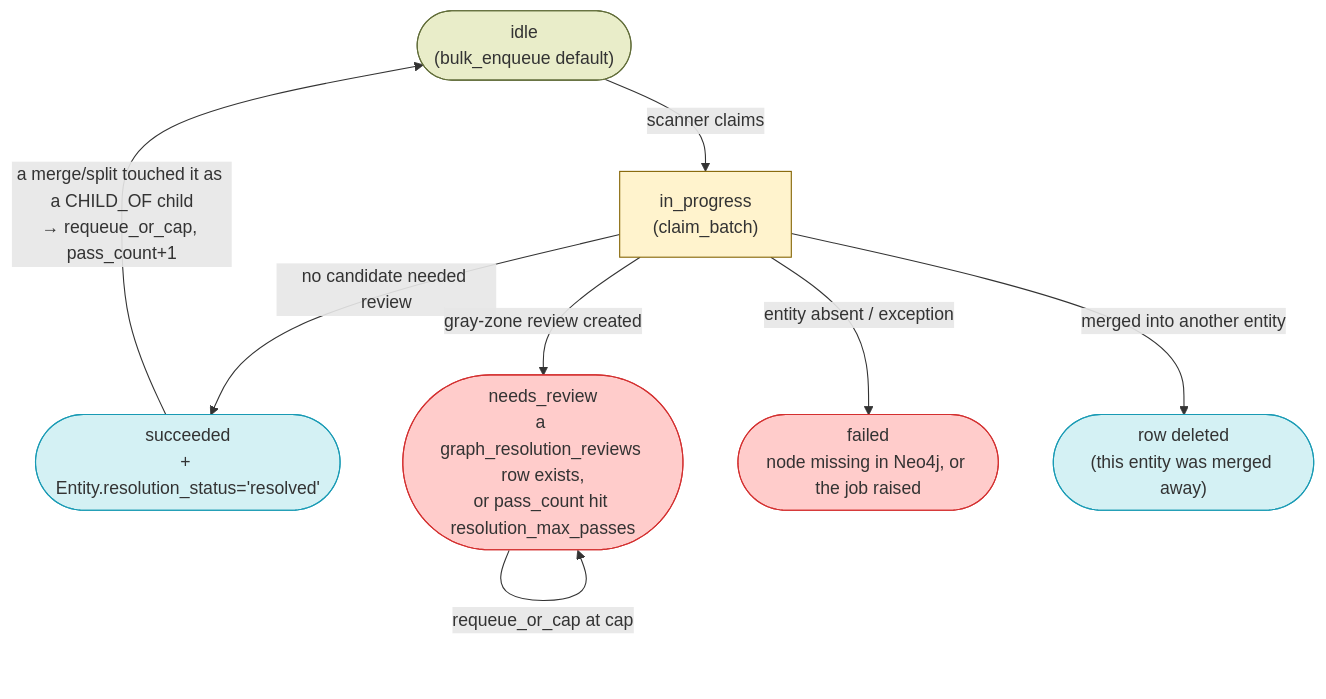
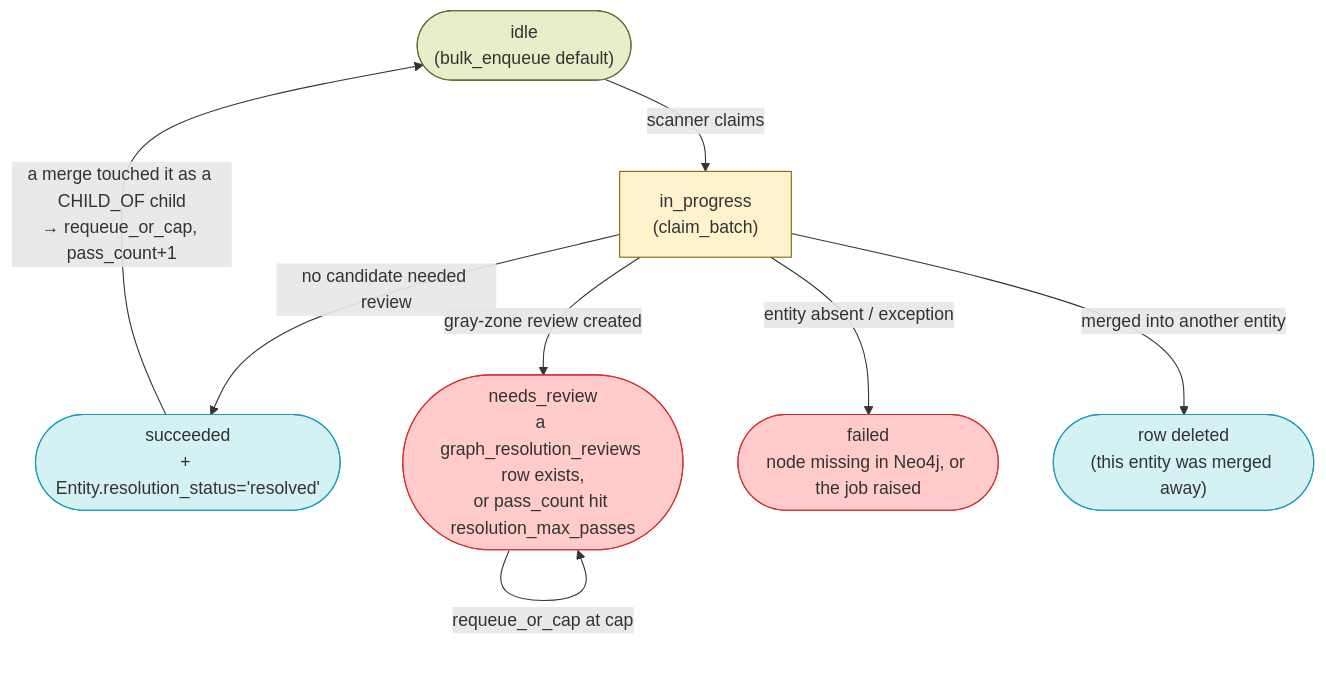
One commit to Kitabim-AI/kitabim-ai changed the third of 3 diagrams in docs/main/KNOWLEDGE_GRAPH_DESIGN.md. Above: the diagram before and after it, drawn with Mermaid. The commit also changed other lines of this file, not shown here.

First line of the commit message:
docs: fix KG design diagrams to match code (book-missing milestone, merge-only requeue)

````diff
--- a/docs/main/KNOWLEDGE_GRAPH_DESIGN.md
+++ b/docs/main/KNOWLEDGE_GRAPH_DESIGN.md
@@ -474,27 +481,27 @@
 ```mermaid
 flowchart TD
     QIDLE(["idle<br/>(bulk_enqueue default)"])
     QPROG["in_progress<br/>(claim_batch)"]
     QOK(["succeeded<br/>+ Entity.resolution_status='resolved'"])
     QREV(["needs_review<br/>a graph_resolution_reviews row exists,<br/>or pass_count hit resolution_max_passes"])
     QFAIL(["failed<br/>node missing in Neo4j, or the job raised"])
     GONE(["row deleted<br/>(this entity was merged away)"])
 
     QIDLE -->|"scanner claims"| QPROG
     QPROG -->|"no candidate needed review"| QOK
     QPROG -->|"gray-zone review created"| QREV
     QPROG -->|"entity absent / exception"| QFAIL
-    QOK -->|"a merge/split touched it as a CHILD_OF child<br/>→ requeue_or_cap, pass_count+1"| QIDLE
+    QOK -->|"a merge touched it as a CHILD_OF child<br/>→ requeue_or_cap, pass_count+1"| QIDLE
     QREV -->|"requeue_or_cap at cap"| QREV
     QPROG -->|"merged into another entity"| GONE
 
     classDef idle fill:#e9edc9,stroke:#606c38
     classDef active fill:#fff3cd,stroke:#856404
     classDef done fill:#d4f1f4,stroke:#189ab4
     classDef fail fill:#ffcccb,stroke:#d32f2f
 
     class QIDLE idle
     class QPROG active
     class QOK,GONE done
     class QREV,QFAIL fail
 ```
````
